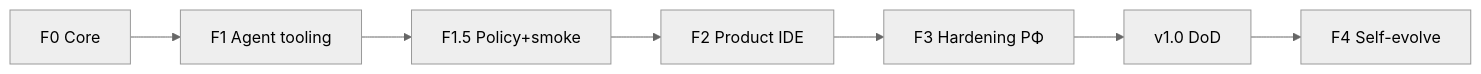
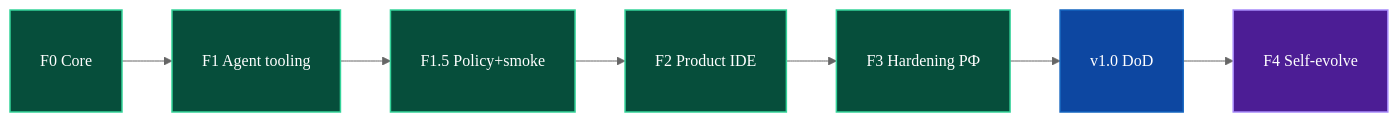
Before and after one commit to Bezooom/Evocode: the diagram in plans/ROADMAP.md, drawn with Mermaid (neutral theme). The commit also changed other lines of this file and 4 other files, not shown here.

Commit message:
docs: optimize Mermaid diagram sizing and styling; make VISUAL architecture interactive HTML

````diff
--- a/plans/ROADMAP.md
+++ b/plans/ROADMAP.md
@@ -41,9 +41,17 @@
 ```mermaid
-graph LR
-    F0[F0 Core] --> F1[F1 Agent tooling]
-    F1 --> F15[F1.5 Policy+smoke]
-    F15 --> F2[F2 Product IDE]
-    F2 --> F3[F3 Hardening РФ]
-    F3 --> V1[v1.0 DoD]
-    V1 --> F4[F4 Self-evolve]
+flowchart LR
+    accTitle: Evocode Development Phases
+    accDescr: Sequential roadmap stages of Evocode, starting from F0 Core to F4 Self-evolve with large fonts for high readability.
+
+    classDef default font-size:16px,font-family:'JetBrains Mono',monospace,stroke-width:1.5px,padding:8px;
+    classDef done fill:#064e3b,stroke:#34d399,color:#fff;
+    classDef current fill:#0d47a1,stroke:#1565c0,color:#fff;
+    classDef future fill:#4c1d95,stroke:#a78bfa,color:#fff;
+
+    F0["F0 Core"]:::done --> F1["F1 Agent tooling"]:::done
+    F1 --> F15["F1.5 Policy+smoke"]:::done
+    F15 --> F2["F2 Product IDE"]:::done
+    F2 --> F3["F3 Hardening РФ"]:::done
+    F3 --> V1["v1.0 DoD"]:::current
+    V1 --> F4["F4 Self-evolve"]:::future
 ```
````
